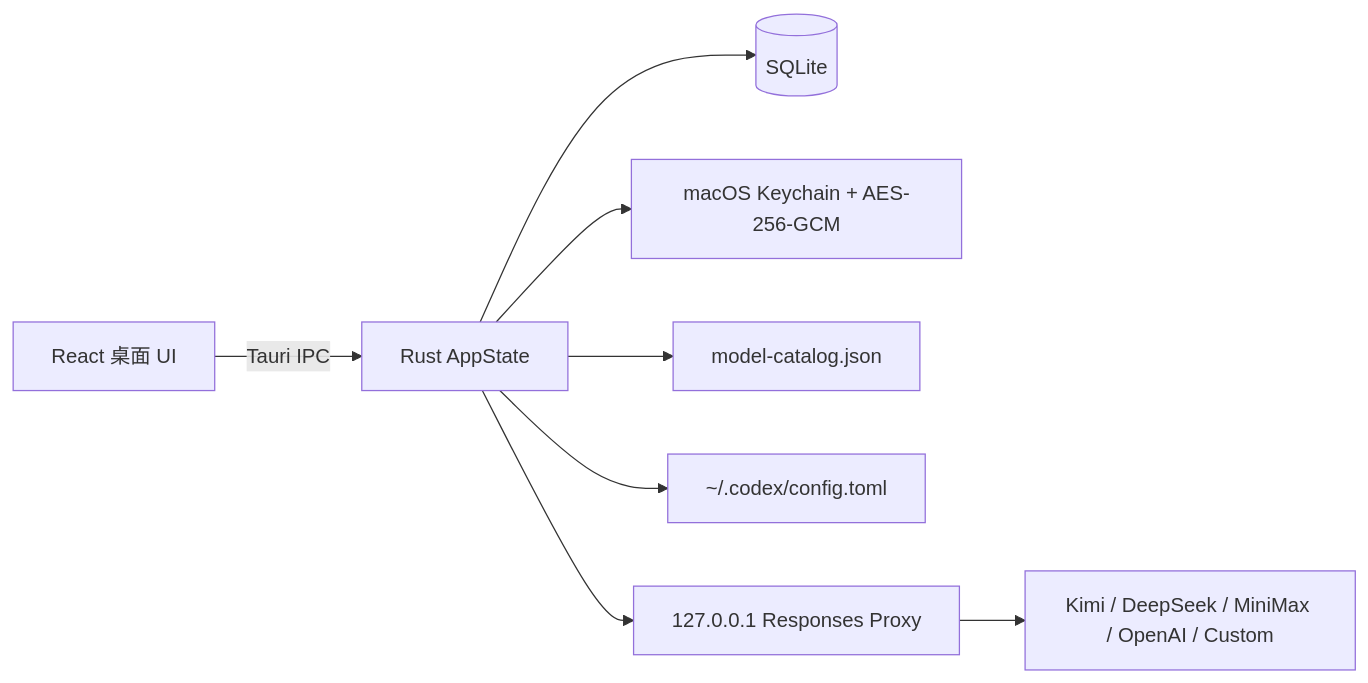
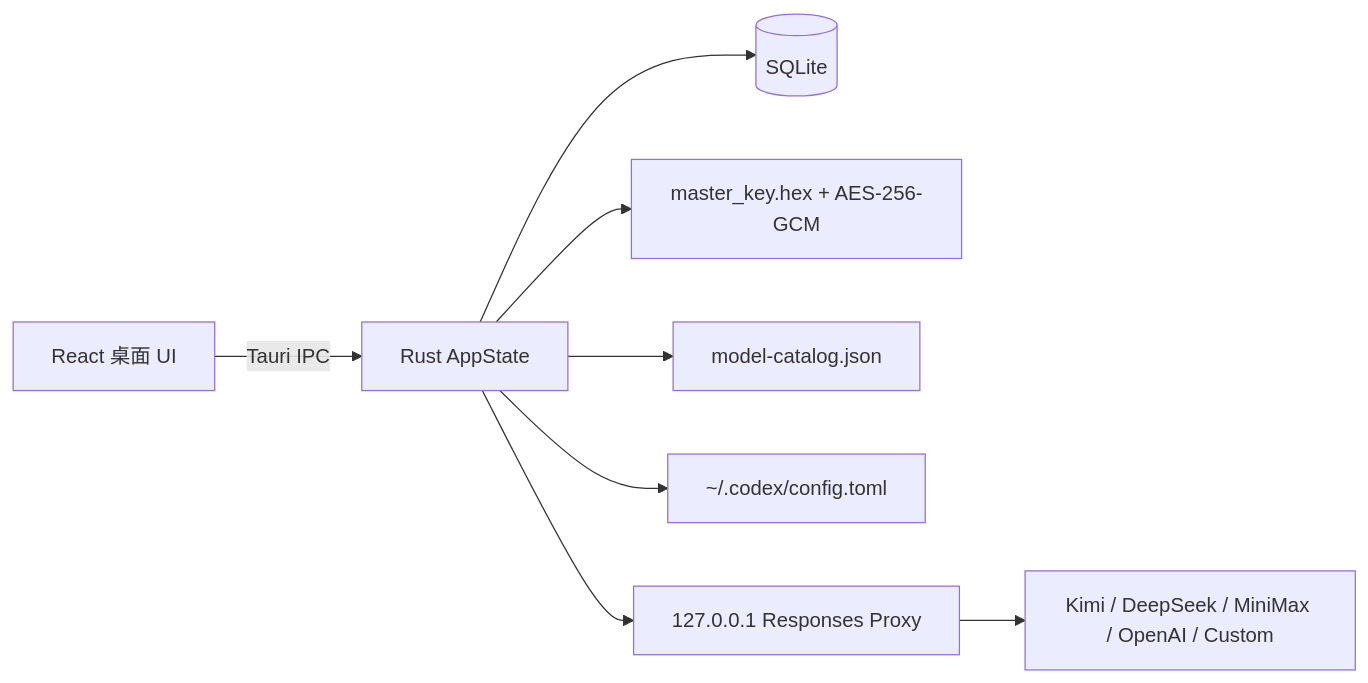
Before and after one commit to williamdh457/codex-spur: the diagram in IMPLEMENTATION.md, drawn with Mermaid. The commit also changed other lines of this file and 3 other files, not shown here.

````diff
--- a/IMPLEMENTATION.md
+++ b/IMPLEMENTATION.md
@@ -7,10 +7,10 @@
 ```mermaid
 flowchart LR
   UI[React 桌面 UI] -->|Tauri IPC| Core[Rust AppState]
   Core --> DB[(SQLite)]
-  Core --> Vault[macOS Keychain + AES-256-GCM]
+  Core --> Vault[master_key.hex + AES-256-GCM]
   Core --> Catalog[model-catalog.json]
   Core --> Config[~/.codex/config.toml]
   Core --> Proxy[127.0.0.1 Responses Proxy]
   Proxy --> Upstream[Kimi / DeepSeek / MiniMax / OpenAI / Custom]
 ```
````
